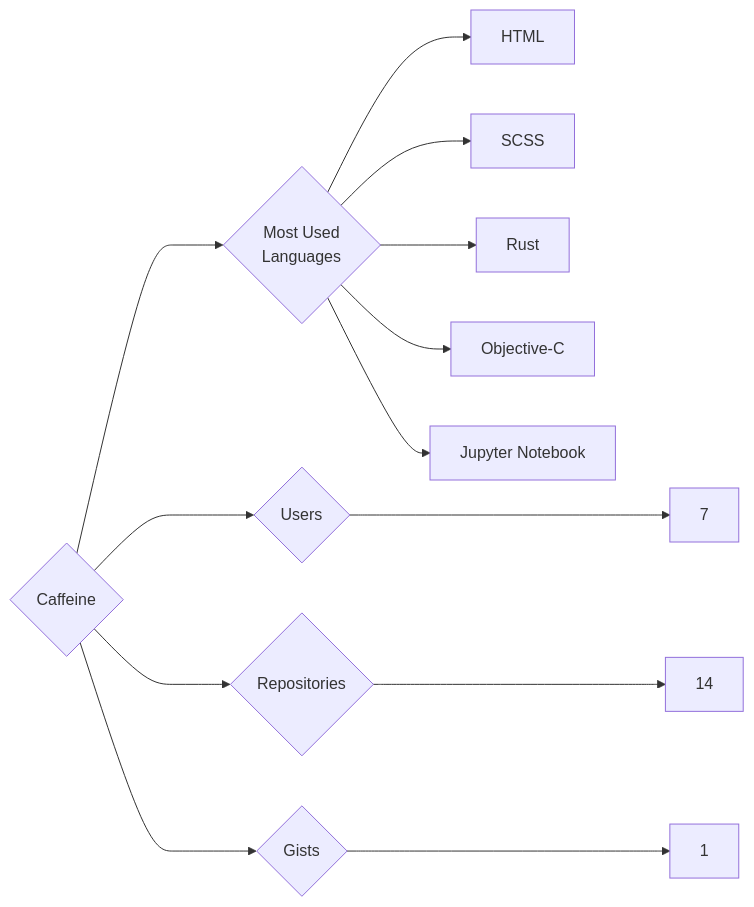
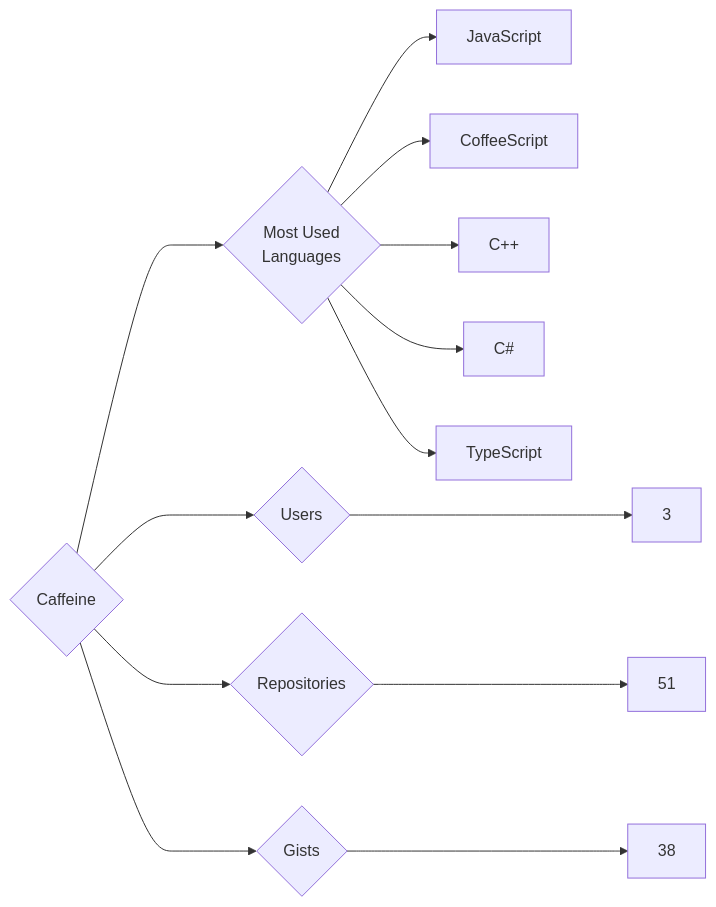
The diagram in targets/Caffeine/README.md (trickest/insiders), drawn with Mermaid before and after one commit. The commit also changed 773 other files, not shown here.

````diff
--- a/targets/Caffeine/README.md
+++ b/targets/Caffeine/README.md
@@ -3,13 +3,13 @@
 ```mermaid
 graph LR
 COMPANY_NAME{Caffeine}
-COMPANY_NAME ---> U{Users} ---> UN[7]
-COMPANY_NAME ---> R{Repositories} ---> RN[14]
-COMPANY_NAME ---> G{Gists} ---> GN[1]
+COMPANY_NAME ---> U{Users} ---> UN[3]
+COMPANY_NAME ---> R{Repositories} ---> RN[51]
+COMPANY_NAME ---> G{Gists} ---> GN[38]
 COMPANY_NAME ---> ML{Most Used<br>Languages}
-ML --> HTML[HTML]
-ML --> SCSS[SCSS]
-ML --> Rust[Rust]
-ML --> Objective-C[Objective-C]
-ML --> Jupyter_Notebook[Jupyter Notebook]
+ML --> JavaScript[JavaScript]
+ML --> CoffeeScript[CoffeeScript]
+ML --> C++[C++]
+ML --> C#[C#]
+ML --> TypeScript[TypeScript]
 ```
````
